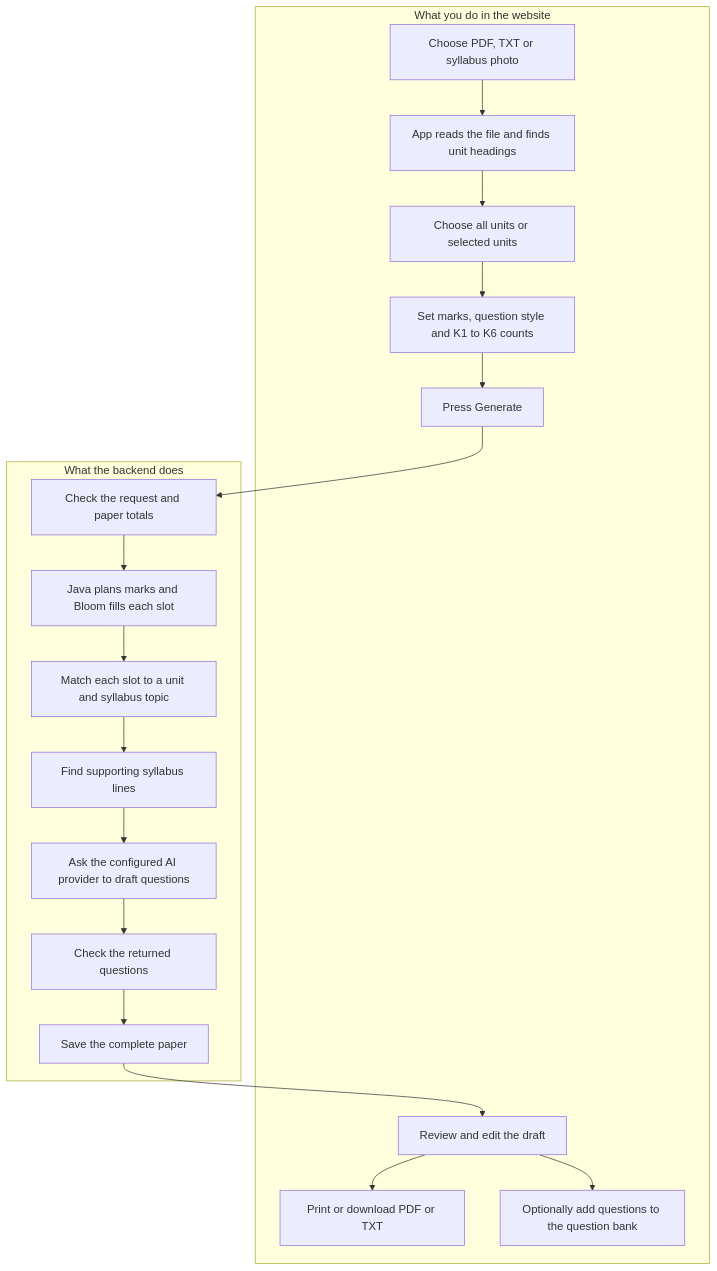
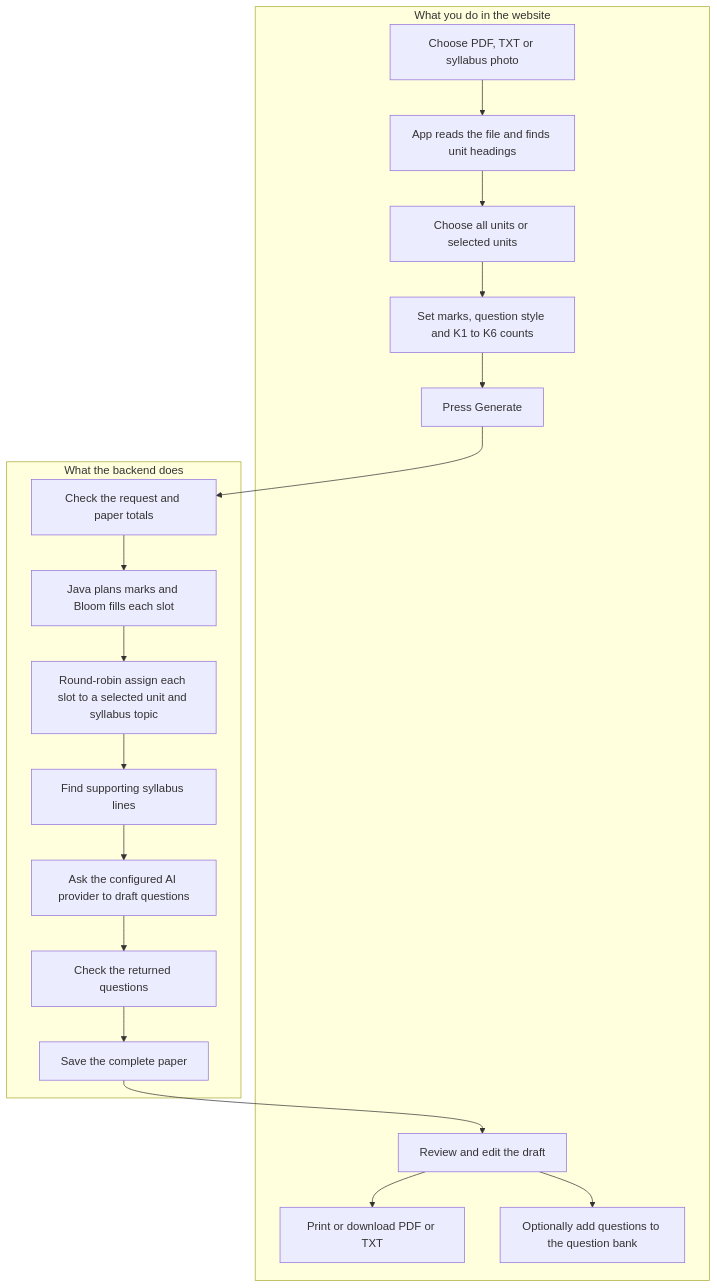
Before and after one commit to irfanshafi21/mini-project: the third of 13 diagrams in README.md, drawn with Mermaid. The commit also changed other lines of this file, not shown here.

Commit message:
Explain round-robin unit coverage in README

```diff
--- a/README.md
+++ b/README.md
@@ -64,21 +64,21 @@
 ~~~mermaid
 flowchart TB
   subgraph Browser[What you do in the website]
     A[Choose PDF, TXT or syllabus photo] --> B[App reads the file and finds unit headings]
     B --> C[Choose all units or selected units]
     C --> D[Set marks, question style and K1 to K6 counts]
     D --> E[Press Generate]
     K[Review and edit the draft] --> L[Print or download PDF or TXT]
     K --> M[Optionally add questions to the question bank]
   end
   subgraph Server[What the backend does]
     F[Check the request and paper totals] --> G[Java plans marks and Bloom fills each slot]
-    G --> H[Match each slot to a unit and syllabus topic]
+    G --> H[Round-robin assign each slot to a selected unit and syllabus topic]
     H --> I[Find supporting syllabus lines]
     I --> J[Ask the configured AI provider to draft questions]
     J --> N[Check the returned questions]
     N --> O[Save the complete paper]
   end
   E --> F
   O --> K
 ~~~
```
